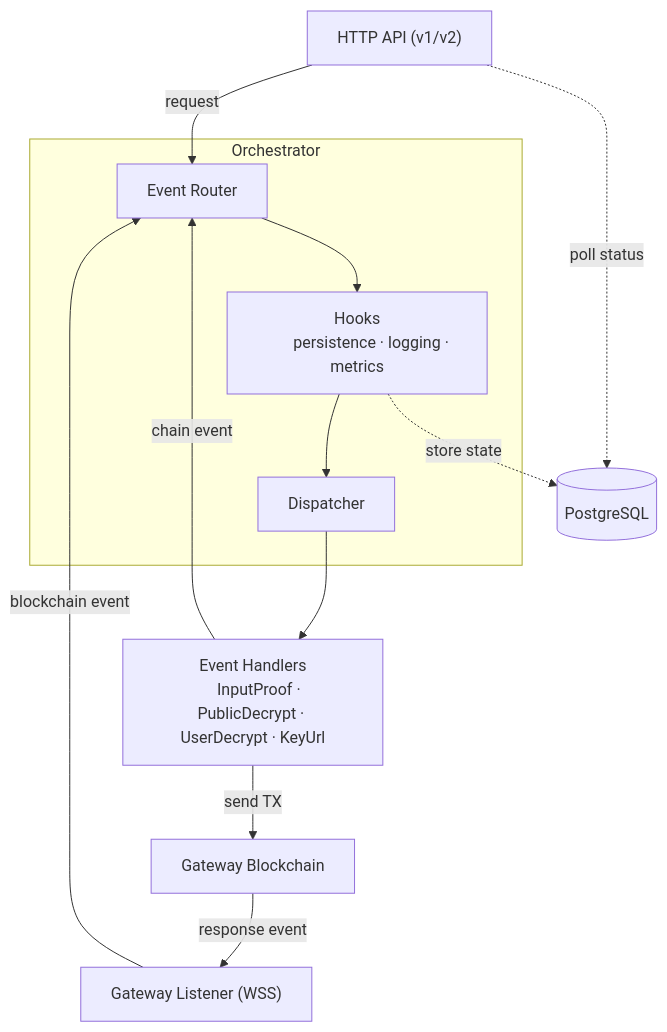
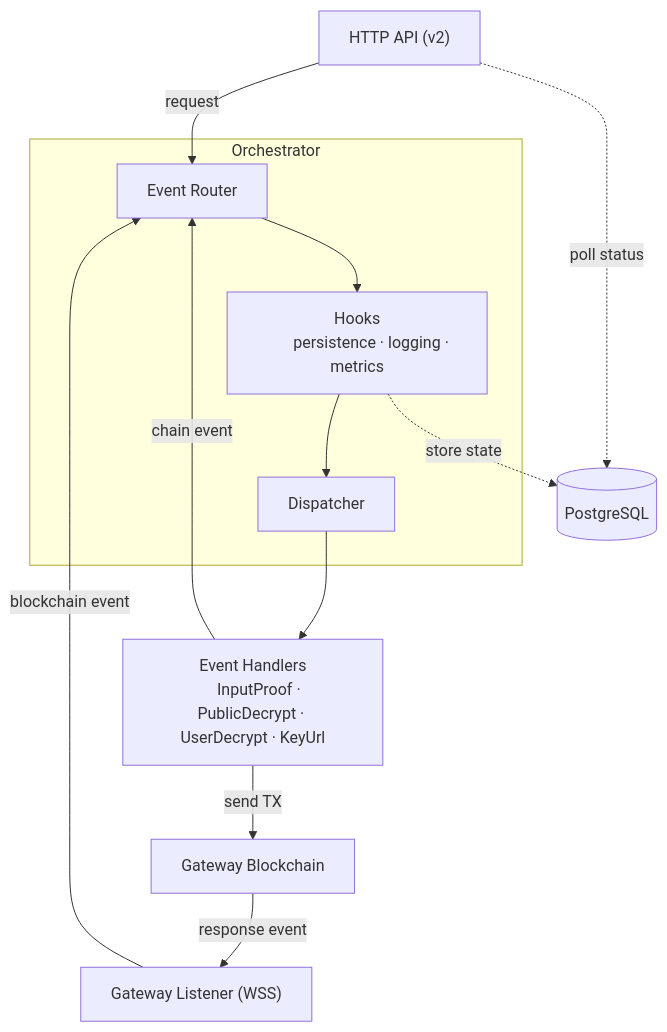
One commit to zama-ai/fhevm changed the diagram in apps/relayer/README.md. Above: the diagram before and after it, drawn with Mermaid. The commit also changed other lines of this file and 41 other files, not shown here.

````diff
--- a/apps/relayer/README.md
+++ b/apps/relayer/README.md
@@ -38,20 +38,20 @@
 ```mermaid
 flowchart TD
-    HTTP["HTTP API (v1/v2)"] -->|request| ORCH
+    HTTP["HTTP API (v2)"] -->|request| ORCH
     GWL["Gateway Listener (WSS)"] -->|blockchain event| ORCH
 
     subgraph Orchestrator
         ORCH[Event Router] --> HOOKS[Hooks
         persistence · logging · metrics]
         HOOKS --> DISP[Dispatcher]
     end
 
     DISP --> HANDLERS[Event Handlers
     InputProof · PublicDecrypt · UserDecrypt · KeyUrl]
     HANDLERS -->|send TX| GW[Gateway Blockchain]
     GW -->|response event| GWL
     HANDLERS -->|chain event| ORCH
 
     HOOKS -.->|store state| DB[(PostgreSQL)]
     HTTP -.->|poll status| DB
 ```
````
